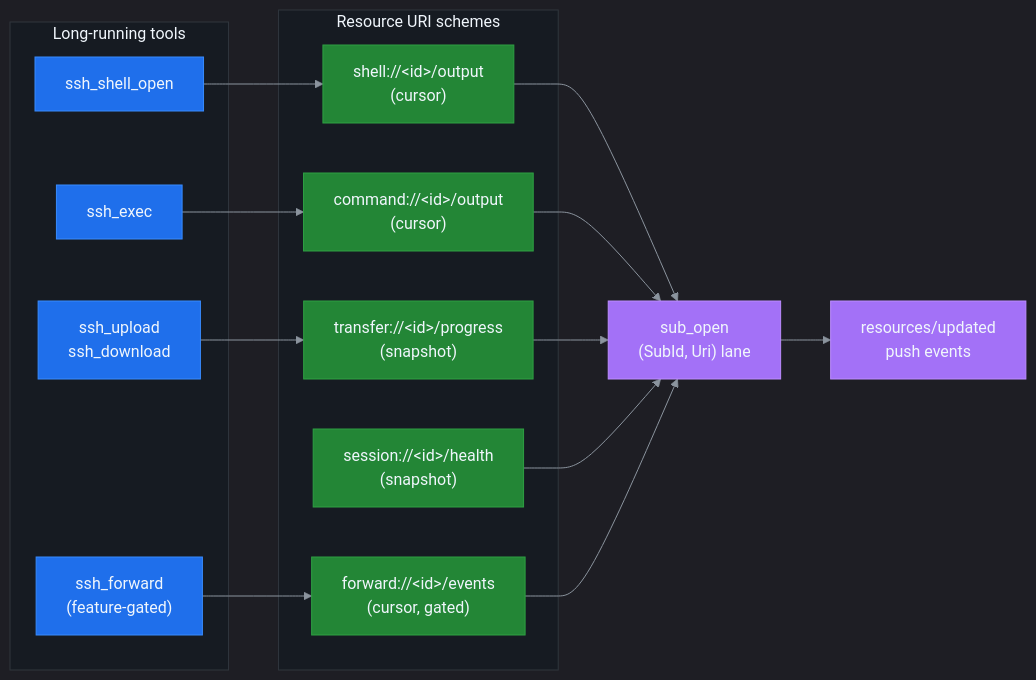
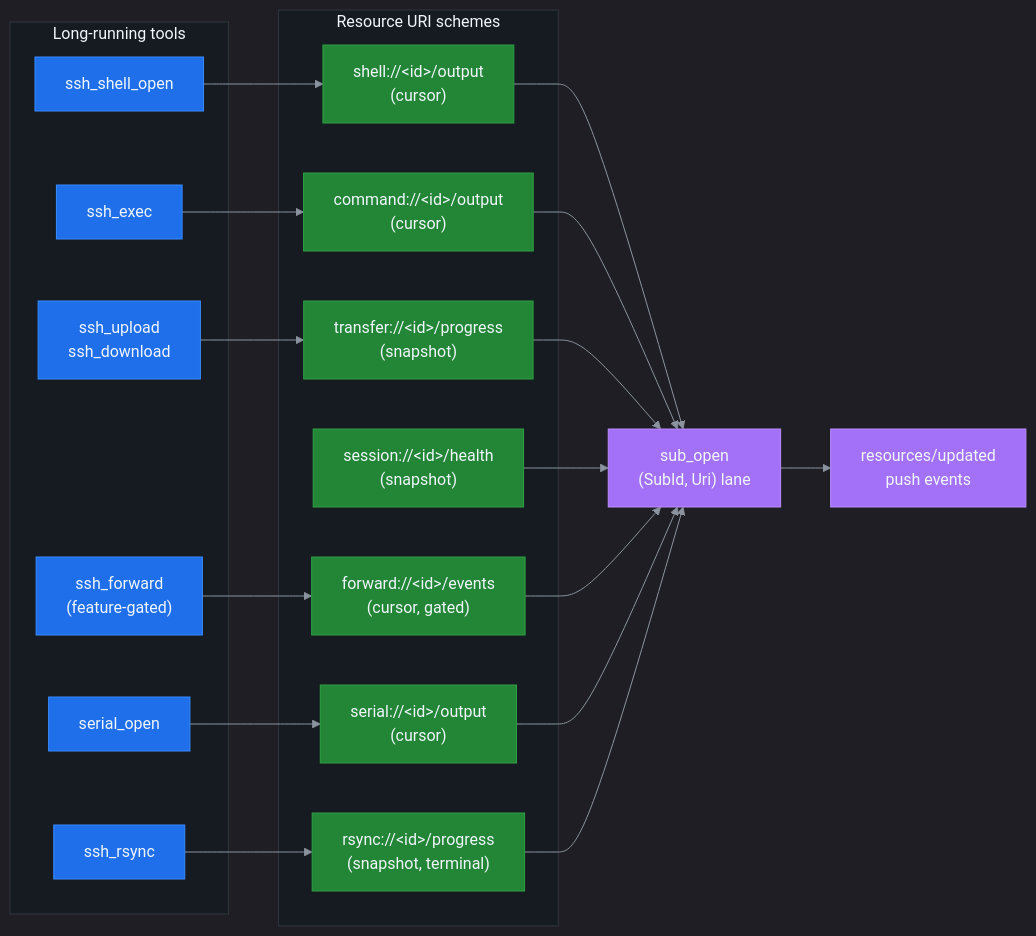
One commit to farchanjo/ssh-mcp changed the fifth of 10 diagrams in docs/ARCHITECTURE.md. Above: the diagram before and after it, drawn with Mermaid. The commit also changed other lines of this file and 9 other files, not shown here.

````diff
--- a/docs/ARCHITECTURE.md
+++ b/docs/ARCHITECTURE.md
@@ -419,44 +424,56 @@
 ```mermaid
 %%{init: {'theme':'dark','themeVariables':{'primaryColor':'#1f6feb','primaryTextColor':'#f0f6fc','primaryBorderColor':'#388bfd','lineColor':'#8b949e','secondaryColor':'#161b22','tertiaryColor':'#21262d','background':'#0d1117','mainBkg':'#161b22','secondBkg':'#21262d','tertiaryBkg':'#0d1117','nodeTextColor':'#f0f6fc','edgeLabelBackground':'#21262d','clusterBkg':'#161b22','clusterBorder':'#30363d','titleColor':'#f0f6fc'}}}%%
 flowchart LR
     subgraph TOOLS["Long-running tools"]
         TShell["ssh_shell_open"]
         TExec["ssh_exec"]
         TSftp["ssh_upload<br/>ssh_download"]
         TFwd["ssh_forward<br/>(feature-gated)"]
+        TSerial["serial_open"]
+        TRsync["ssh_rsync"]
     end
     subgraph SCHEMES["Resource URI schemes"]
         Sshell["shell://&lt;id&gt;/output<br/>(cursor)"]
         Scmd["command://&lt;id&gt;/output<br/>(cursor)"]
         Stransfer["transfer://&lt;id&gt;/progress<br/>(snapshot)"]
         Ssession["session://&lt;id&gt;/health<br/>(snapshot)"]
         Sforward["forward://&lt;id&gt;/events<br/>(cursor, gated)"]
+        Sserial["serial://&lt;id&gt;/output<br/>(cursor)"]
+        Srsync["rsync://&lt;id&gt;/progress<br/>(snapshot, terminal)"]
     end
     Sub["sub_open<br/>(SubId, Uri) lane"]
     Push["resources/updated<br/>push events"]
 
     TShell --> Sshell
     TExec --> Scmd
     TSftp --> Stransfer
     TFwd --> Sforward
+    TSerial --> Sserial
+    TRsync --> Srsync
     Sshell --> Sub
     Scmd --> Sub
     Stransfer --> Sub
     Ssession --> Sub
     Sforward --> Sub
+    Sserial --> Sub
+    Srsync --> Sub
     Sub --> Push
 
     style TShell fill:#1f6feb,color:#f0f6fc,stroke:#388bfd
     style TExec fill:#1f6feb,color:#f0f6fc,stroke:#388bfd
     style TSftp fill:#1f6feb,color:#f0f6fc,stroke:#388bfd
     style TFwd fill:#1f6feb,color:#f0f6fc,stroke:#388bfd
+    style TSerial fill:#1f6feb,color:#f0f6fc,stroke:#388bfd
+    style TRsync fill:#1f6feb,color:#f0f6fc,stroke:#388bfd
     style Sshell fill:#238636,color:#f0f6fc,stroke:#2ea043
     style Scmd fill:#238636,color:#f0f6fc,stroke:#2ea043
     style Stransfer fill:#238636,color:#f0f6fc,stroke:#2ea043
     style Ssession fill:#238636,color:#f0f6fc,stroke:#2ea043
     style Sforward fill:#238636,color:#f0f6fc,stroke:#2ea043
+    style Sserial fill:#238636,color:#f0f6fc,stroke:#2ea043
+    style Srsync fill:#238636,color:#f0f6fc,stroke:#2ea043
     style Sub fill:#a371f7,color:#f0f6fc,stroke:#bc8cff
     style Push fill:#a371f7,color:#f0f6fc,stroke:#bc8cff
     style TOOLS fill:#161b22,color:#f0f6fc,stroke:#30363d
     style SCHEMES fill:#161b22,color:#f0f6fc,stroke:#30363d
 ```
````
